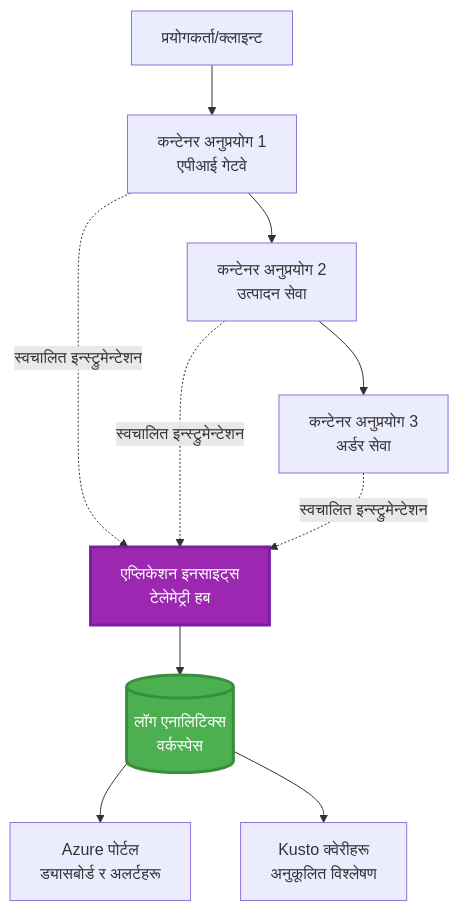
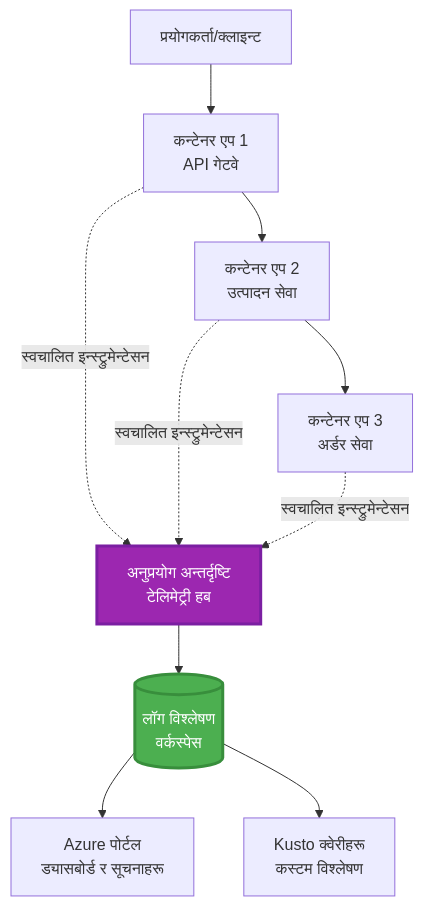
One commit to microsoft/AZD-for-beginners changed the first of 2 diagrams in translations/ne/docs/chapter-06-pre-deployment/application-insights.md. Above: the diagram before and after it, drawn with Mermaid. The commit also changed other lines of this file and 101 other files, not shown here.

````diff
--- a/translations/ne/docs/chapter-06-pre-deployment/application-insights.md
+++ b/translations/ne/docs/chapter-06-pre-deployment/application-insights.md
@@ -58,28 +58,28 @@
 ```mermaid
 graph TB
     User[प्रयोगकर्ता/क्लाइन्ट]
-    App1[कन्टेनर अनुप्रयोग 1<br/>एपीआई गेटवे]
-    App2[कन्टेनर अनुप्रयोग 2<br/>उत्पादन सेवा]
-    App3[कन्टेनर अनुप्रयोग 3<br/>अर्डर सेवा]
+    App1[कन्टेनर एप 1<br/>API गेटवे]
+    App2[कन्टेनर एप 2<br/>उत्पादन सेवा]
+    App3[कन्टेनर एप 3<br/>अर्डर सेवा]
     
-    AppInsights[एप्लिकेशन इनसाइट्स<br/>टेलेमेट्री हब]
-    LogAnalytics[(लॉग एनालिटिक्स<br/>वर्कस्पेस)]
+    AppInsights[अनुप्रयोग अन्तर्दृष्टि<br/>टेलिमेट्री हब]
+    LogAnalytics[(लॉग विश्लेषण<br/>वर्कस्पेस)]
     
-    Portal[Azure पोर्टल<br/>ड्यासबोर्ड र अलर्टहरू]
-    Query[Kusto क्वेरीहरू<br/>अनुकूलित विश्लेषण]
+    Portal[Azure पोर्टल<br/>ड्यासबोर्ड र सूचनाहरू]
+    Query[Kusto क्वेरीहरू<br/>कस्टम विश्लेषण]
     
     User --> App1
     App1 --> App2
     App2 --> App3
     
-    App1 -.->|स्वचालित इन्स्ट्रुमेन्टेशन| AppInsights
-    App2 -.->|स्वचालित इन्स्ट्रुमेन्टेशन| AppInsights
-    App3 -.->|स्वचालित इन्स्ट्रुमेन्टेशन| AppInsights
+    App1 -.->|स्वचालित इन्स्ट्रुमेन्टेसन| AppInsights
+    App2 -.->|स्वचालित इन्स्ट्रुमेन्टेसन| AppInsights
+    App3 -.->|स्वचालित इन्स्ट्रुमेन्टेसन| AppInsights
     
     AppInsights --> LogAnalytics
     LogAnalytics --> Portal
     LogAnalytics --> Query
     
     style AppInsights fill:#9C27B0,stroke:#7B1FA2,stroke-width:3px,color:#fff
     style LogAnalytics fill:#4CAF50,stroke:#388E3C,stroke-width:3px,color:#fff
 ```
````
